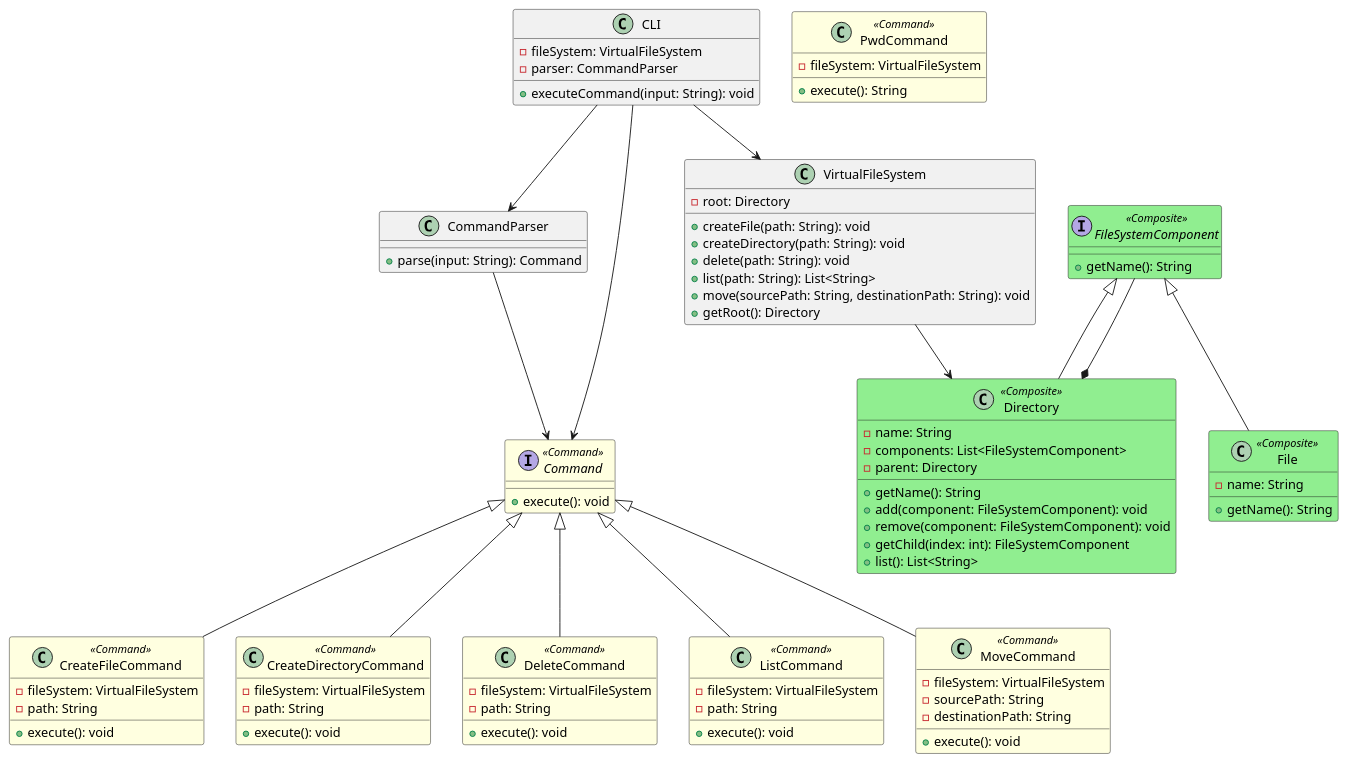
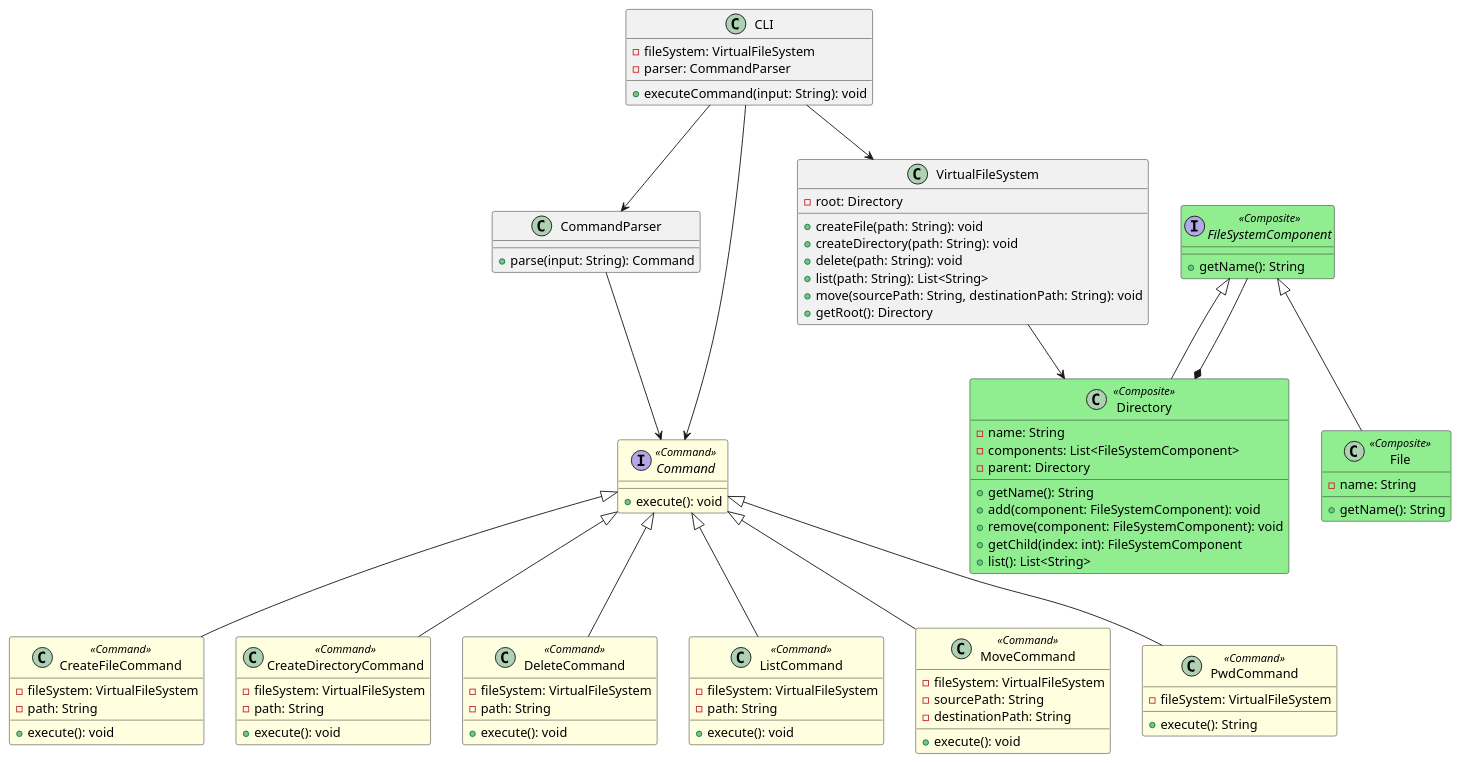
The diagram in diagrams/Clifford.puml (austral-ingsis-classroom/clifford-TomasSerra), drawn with PlantUML before and after one commit. The commit also changed 14 other files, not shown here.

```diff
--- a/diagrams/Clifford.puml
+++ b/diagrams/Clifford.puml
@@ -1,103 +1,104 @@
 @startuml
 skinparam class {
     BackgroundColor<<Command>> LightYellow
     BackgroundColor<<Composite>> LightGreen
 }
 
 class CLI {
     - fileSystem: VirtualFileSystem
     - parser: CommandParser
     + executeCommand(input: String): void
 }
 
 class CommandParser {
     + parse(input: String): Command
 }
 
 class VirtualFileSystem {
     - root: Directory
     + createFile(path: String): void
     + createDirectory(path: String): void
     + delete(path: String): void
     + list(path: String): List<String>
     + move(sourcePath: String, destinationPath: String): void
     + getRoot(): Directory
 }
 
 interface Command <<Command>> {
     + execute(): void
 }
 
 class CreateFileCommand <<Command>> {
     - fileSystem: VirtualFileSystem
     - path: String
     + execute(): void
 }
 
 class CreateDirectoryCommand <<Command>> {
     - fileSystem: VirtualFileSystem
     - path: String
     + execute(): void
 }
 
 class DeleteCommand <<Command>> {
     - fileSystem: VirtualFileSystem
     - path: String
     + execute(): void
 }
 
 class ListCommand <<Command>> {
     - fileSystem: VirtualFileSystem
     - path: String
     + execute(): void
 }
 
 class MoveCommand <<Command>> {
     - fileSystem: VirtualFileSystem
     - sourcePath: String
     - destinationPath: String
     + execute(): void
 }
 
 class PwdCommand <<Command>> {
     - fileSystem: VirtualFileSystem
     + execute(): String
 }
 
 interface FileSystemComponent <<Composite>> {
     + getName(): String
 }
 
 class File <<Composite>> {
     - name: String
     + getName(): String
 }
 
 class Directory <<Composite>> {
     - name: String
     - components: List<FileSystemComponent>
     - parent: Directory
     + getName(): String
     + add(component: FileSystemComponent): void
     + remove(component: FileSystemComponent): void
     + getChild(index: int): FileSystemComponent
     + list(): List<String>
 }
 
 CLI --> VirtualFileSystem
 CLI --> CommandParser
 CLI --> Command
 
 CommandParser --> Command
 
 Command <|-- CreateFileCommand
 Command <|-- CreateDirectoryCommand
 Command <|-- DeleteCommand
 Command <|-- ListCommand
 Command <|-- MoveCommand
+Command <|-- PwdCommand
 
 VirtualFileSystem --> Directory
 FileSystemComponent <|-- File
 FileSystemComponent <|-- Directory
 FileSystemComponent --* Directory
 @enduml
```
